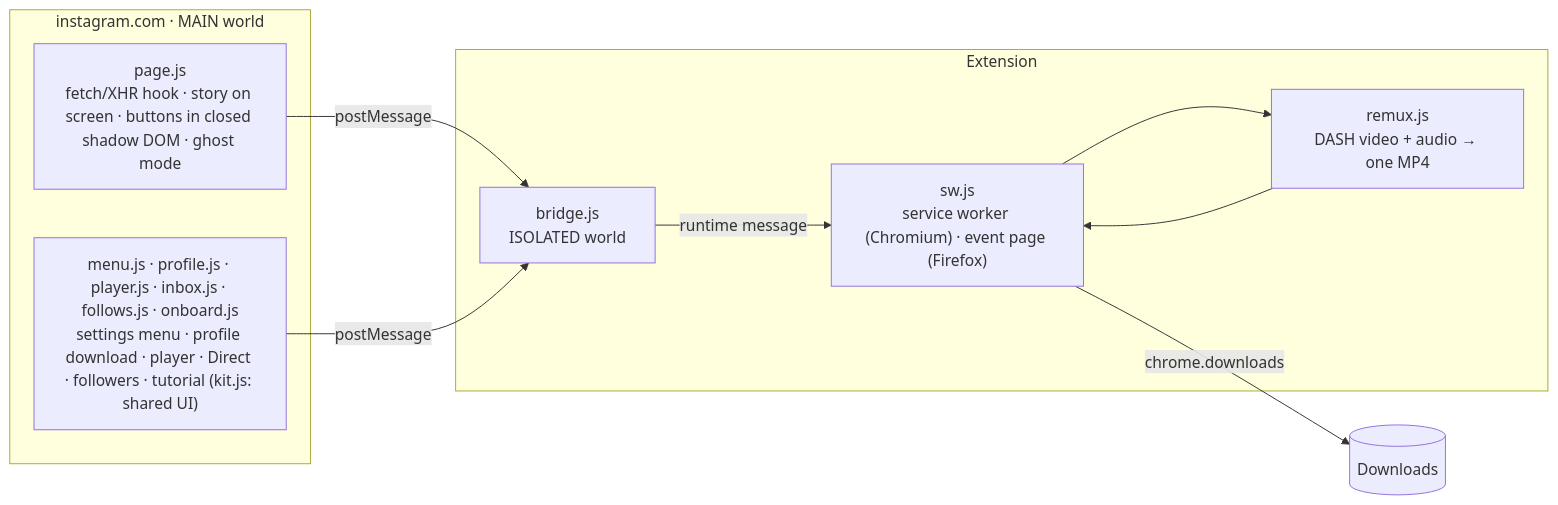
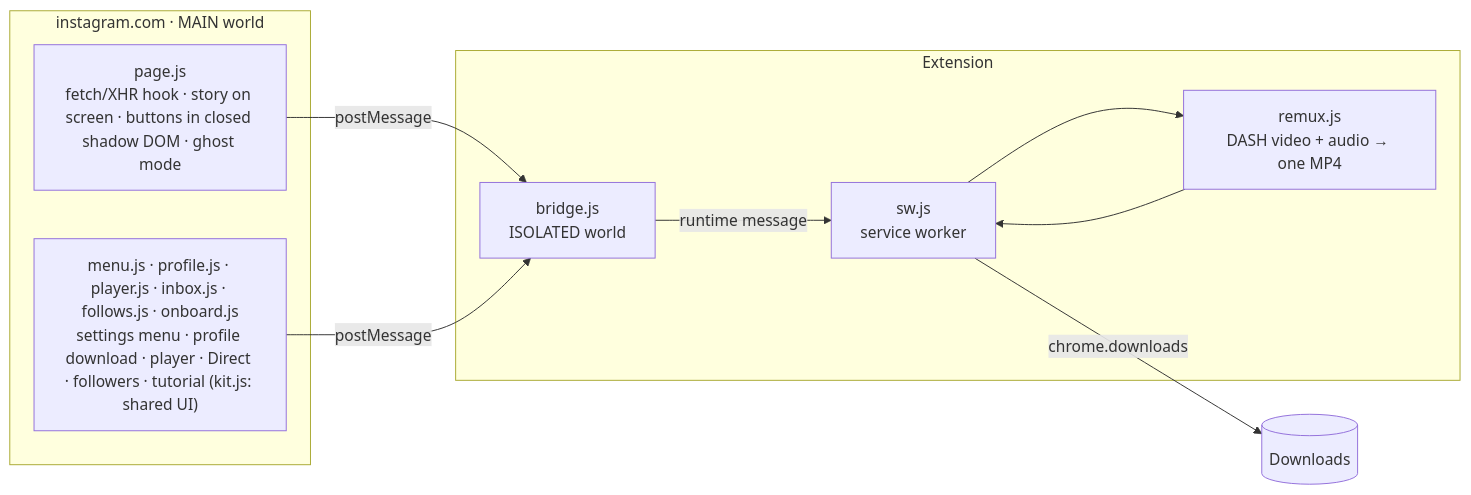
One commit to DredsGG/salva-stories changed the diagram in README.md. Above: the diagram before and after it, drawn with Mermaid. The commit also changed other lines of this file and 15 other files, not shown here.

````diff
--- a/README.md
+++ b/README.md
@@ -150,15 +141,15 @@
 ```mermaid
 flowchart LR
   subgraph Page["instagram.com · MAIN world"]
     P["page.js<br/>fetch/XHR hook · story on screen · buttons in closed shadow DOM · ghost mode"]
     M["menu.js · profile.js · player.js · inbox.js · follows.js · onboard.js<br/>settings menu · profile download · player · Direct · followers · tutorial (kit.js: shared UI)"]
   end
   subgraph Ext["Extension"]
     B["bridge.js<br/>ISOLATED world"]
-    SW["sw.js<br/>service worker (Chromium) · event page (Firefox)"]
+    SW["sw.js<br/>service worker"]
     R["remux.js<br/>DASH video + audio → one MP4"]
   end
   P & M -- postMessage --> B -- runtime message --> SW
   SW -- chrome.downloads --> D[("Downloads")]
   SW --> R --> SW
 ```
````
